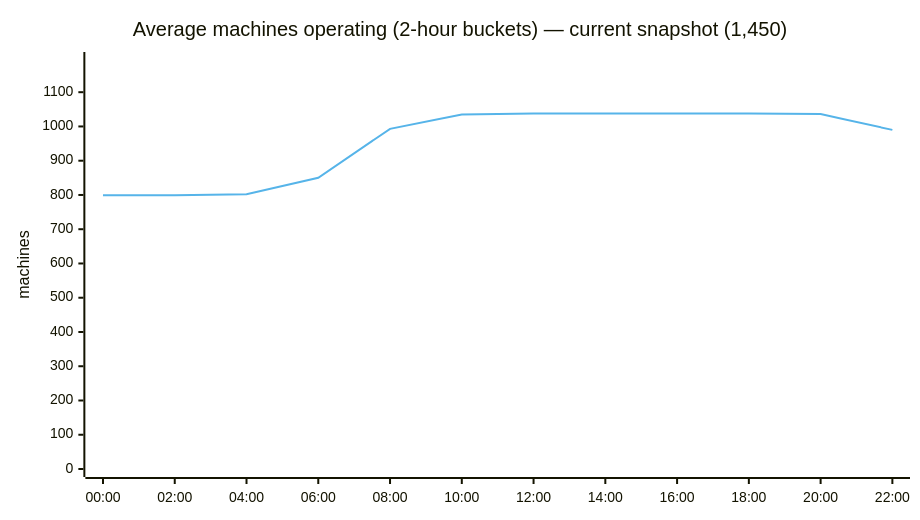
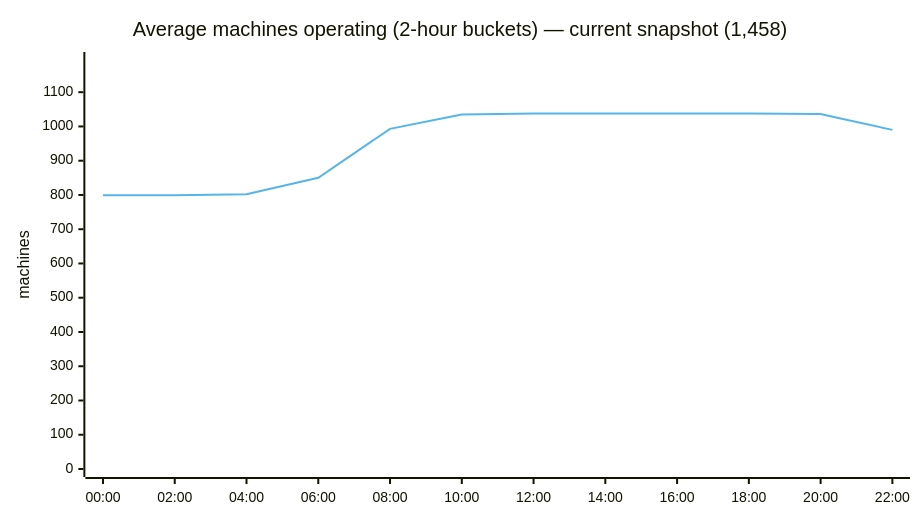
One commit to cheeaun/returnright-data changed the second of 5 diagrams in ANALYSIS.md. Above: the diagram before and after it, drawn with Mermaid. The commit also changed other lines of this file and 4 other files, not shown here.

````diff
--- a/ANALYSIS.md
+++ b/ANALYSIS.md
@@ -66,15 +64,15 @@
 ```mermaid
 ---
 config:
   themeVariables:
     xyChart:
       plotColorPalette: "#56B4E9"
   xyChart:
     width: 900
 ---
 xychart-beta
-    title "Average machines operating (2-hour buckets) — current snapshot (1,450)"
+    title "Average machines operating (2-hour buckets) — current snapshot (1,458)"
     x-axis ["00:00", "02:00", "04:00", "06:00", "08:00", "10:00", "12:00", "14:00", "16:00", "18:00", "20:00", "22:00"]
     y-axis "machines" 0 --> 1194
     line [799, 799, 802, 850, 993, 1035, 1038, 1038, 1038, 1038, 1036, 990]
 ```
````
